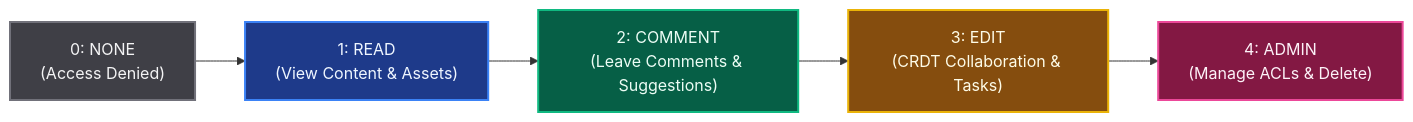
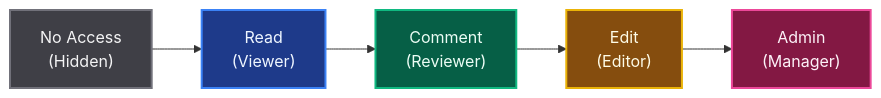
The first of 4 diagrams in docs/Access Controls.md (paulo-casanova/collaborative-markdown-editor), drawn with Mermaid before and after one commit. The commit also changed other lines of this file, not shown here.

Commit message:
docs: restructure Access Controls.md into non-technical user guide and technical system reference

````diff
--- a/docs/Access Controls.md
+++ b/docs/Access Controls.md
@@ -26,19 +33,19 @@
 ```mermaid
 flowchart LR
-    NONE["0: NONE<br/>(Access Denied)"] --> READ["1: READ<br/>(View Content & Assets)"]
-    READ --> COMMENT["2: COMMENT<br/>(Leave Comments & Suggestions)"]
-    COMMENT --> EDIT["3: EDIT<br/>(CRDT Collaboration & Tasks)"]
-    EDIT --> ADMIN["4: ADMIN<br/>(Manage ACLs & Delete)"]
+    NONE["No Access<br/>(Hidden)"] --> READ["Read<br/>(Viewer)"]
+    READ --> COMMENT["Comment<br/>(Reviewer)"]
+    COMMENT --> EDIT["Edit<br/>(Editor)"]
+    EDIT --> ADMIN["Admin<br/>(Manager)"]
 
     classDef cNone fill:#3f3f46,stroke:#71717a,stroke-width:2px,color:#f4f4f5;
     classDef cRead fill:#1e3a8a,stroke:#3b82f6,stroke-width:2px,color:#eff6ff;
     classDef cComment fill:#065f46,stroke:#10b981,stroke-width:2px,color:#ecfdf5;
     classDef cEdit fill:#854d0e,stroke:#eab308,stroke-width:2px,color:#fefce8;
     classDef cAdmin fill:#831843,stroke:#ec4899,stroke-width:2px,color:#fdf2f8;
 
     class NONE cNone;
     class READ cRead;
     class COMMENT cComment;
     class EDIT cEdit;
     class ADMIN cAdmin;
 ```
````
